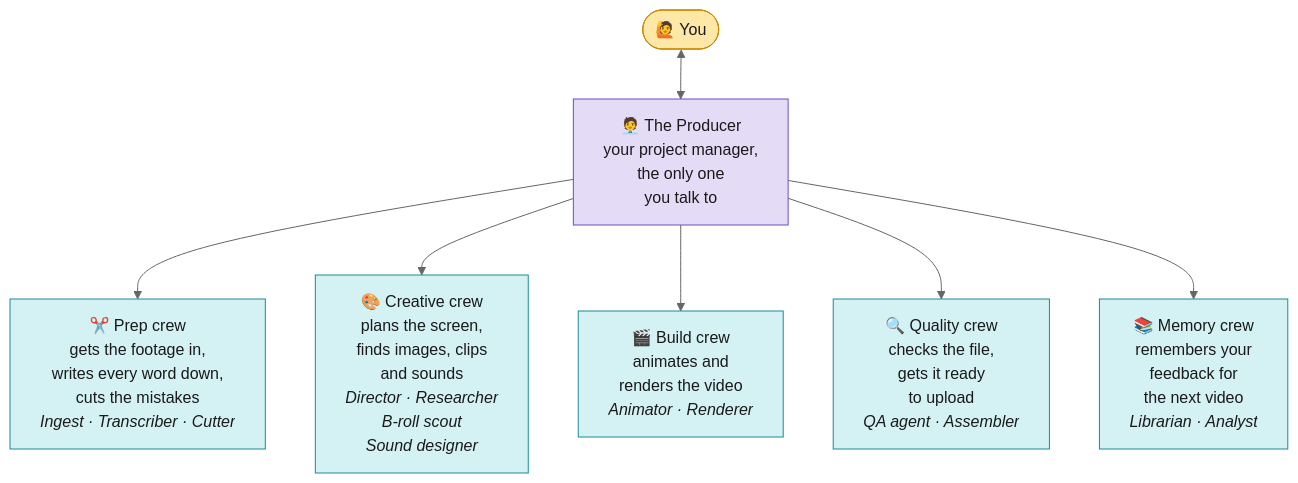
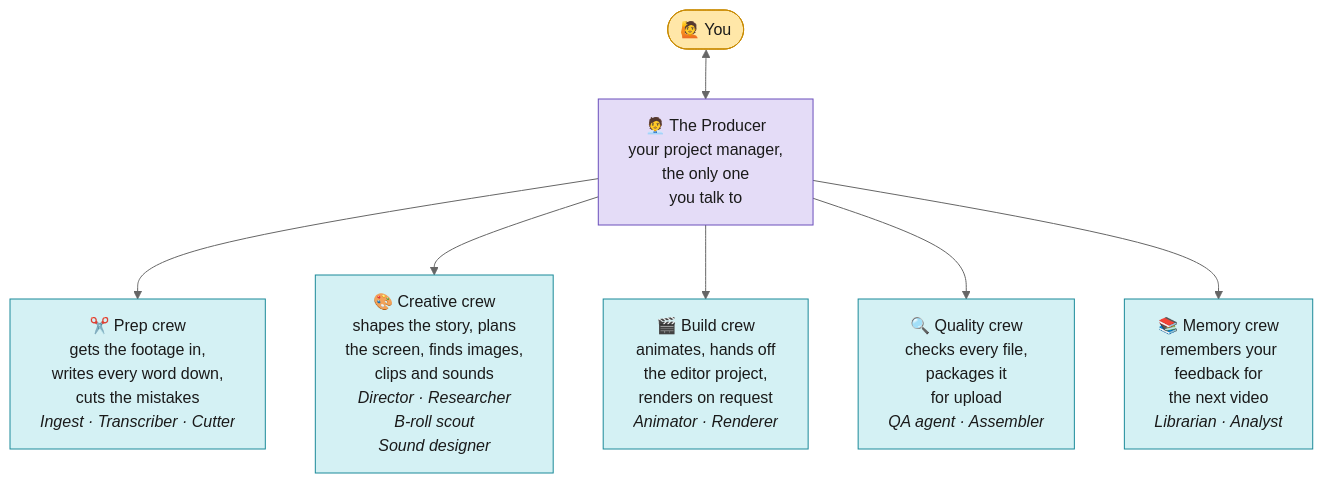
The third of 10 diagrams in Editing-Workflow/README.md (harshilsaini26/Video-Workflow), drawn with Mermaid (neutral theme) before and after one commit. The commit also changed other lines of this file, not shown here.

First line of the commit message:
Editing-Workflow README: the hand-off as the end, where you decide, the explainer as it is now

````diff
--- a/Editing-Workflow/README.md
+++ b/Editing-Workflow/README.md
@@ -139,14 +168,12 @@
 ```mermaid
 flowchart TD
     YOU(["🙋 You"]):::you <--> P["🧑‍💼 The Producer<br/>your project manager,<br/>the only one<br/>you talk to"]:::lead
     P --> G1["✂️ Prep crew<br/>gets the footage in,<br/>writes every word down,<br/>cuts the mistakes<br/><i>Ingest · Transcriber · Cutter</i>"]:::team
-    P --> G2["🎨 Creative crew<br/>plans the screen,<br/>finds images, clips<br/>and sounds<br/><i>Director · Researcher</i><br/><i>B-roll scout</i><br/><i>Sound designer</i>"]:::team
-    P --> G3["🎬 Build crew<br/>animates and<br/>renders the video<br/><i>Animator · Renderer</i>"]:::team
-    P --> G4["🔍 Quality crew<br/>checks the file,<br/>gets it ready<br/>to upload<br/><i>QA agent · Assembler</i>"]:::team
+    P --> G2["🎨 Creative crew<br/>shapes the story, plans<br/>the screen, finds images,<br/>clips and sounds<br/><i>Director · Researcher</i><br/><i>B-roll scout</i><br/><i>Sound designer</i>"]:::team
+    P --> G3["🎬 Build crew<br/>animates, hands off<br/>the editor project,<br/>renders on request<br/><i>Animator · Renderer</i>"]:::team
+    P --> G4["🔍 Quality crew<br/>checks every file,<br/>packages it<br/>for upload<br/><i>QA agent · Assembler</i>"]:::team
     P --> G5["📚 Memory crew<br/>remembers your<br/>feedback for<br/>the next video<br/><i>Librarian · Analyst</i>"]:::team
     classDef you fill:#FFE7A8,stroke:#C98A00,color:#1a1a1a
     classDef team fill:#D4F1F4,stroke:#1B8A99,color:#1a1a1a
     classDef lead fill:#E4DCF7,stroke:#6B4FBB,color:#1a1a1a
-    classDef done fill:#D7F0D2,stroke:#3C8D2F,color:#1a1a1a
-    classDef ask fill:#FFFFFF,stroke:#888888,color:#1a1a1a
 ```
````
